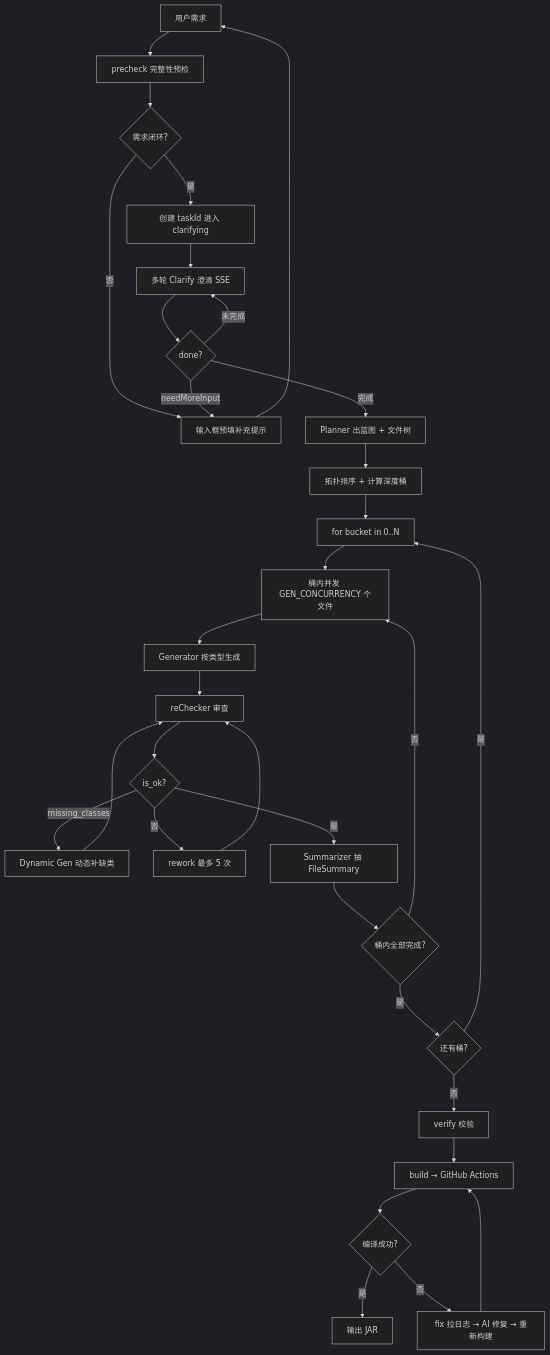
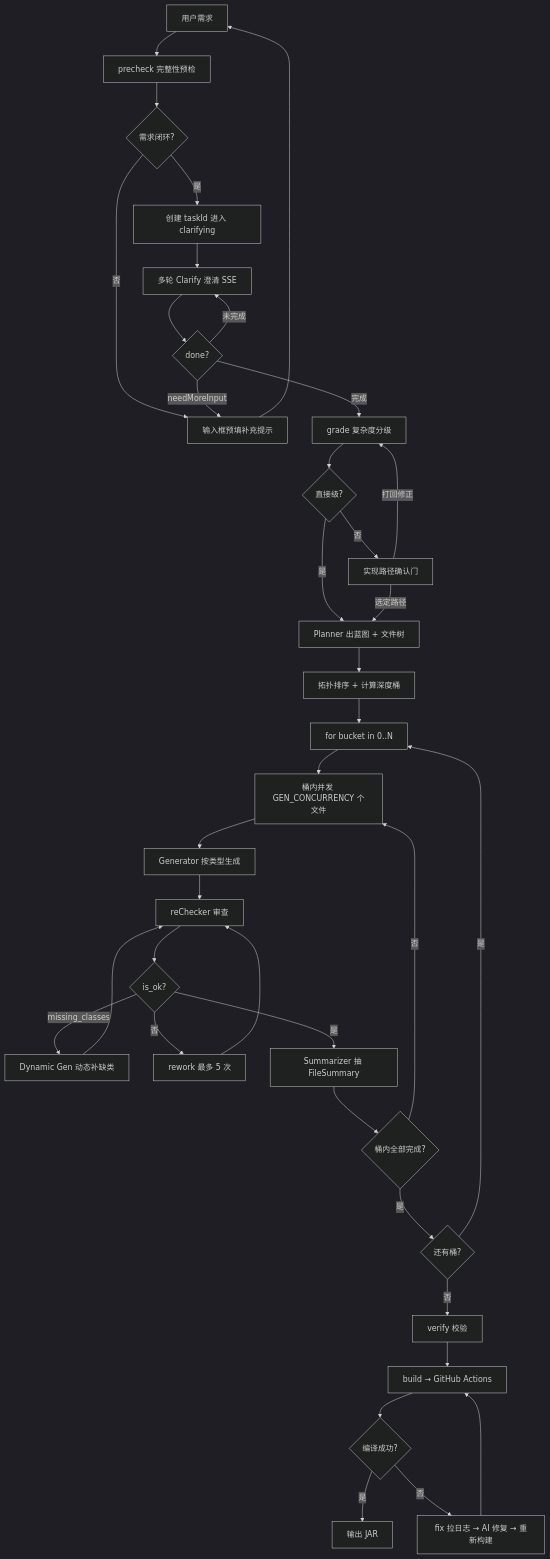
The first of 5 diagrams in docs/features/ai-workflow.md (superwfox/minecraft-dev), drawn with Mermaid (dark theme) before and after one commit. The commit also changed other lines of this file and 8 other files, not shown here.

First line of the commit message:
文档大幅更新:补齐落后的交互/工作流 + 新增蓝图/技能库两页

````diff
--- a/docs/features/ai-workflow.md
+++ b/docs/features/ai-workflow.md
@@ -31,34 +34,39 @@
 ```mermaid
 graph TB
     A[用户需求] --> A1[precheck 完整性预检]
     A1 --> A2{需求闭环?}
     A2 -->|否| A3[输入框预填补充提示]
     A3 --> A
     A2 -->|是| A4[创建 taskId 进入 clarifying]
     A4 --> A5[多轮 Clarify 澄清 SSE]
     A5 --> A6{done?}
     A6 -->|未完成| A5
     A6 -->|needMoreInput| A3
-    A6 -->|完成| B[Planner 出蓝图 + 文件树]
+    A6 -->|完成| GR[grade 复杂度分级]
+    GR --> GR1{直接级?}
+    GR1 -->|是| B[Planner 出蓝图 + 文件树]
+    GR1 -->|否| GR2[实现路径确认门]
+    GR2 -->|选定路径| B
+    GR2 -->|打回修正| GR
     B --> B1[拓扑排序 + 计算深度桶]
     B1 --> C[for bucket in 0..N]
     C --> C1[桶内并发 GEN_CONCURRENCY 个文件]
     C1 --> D[Generator 按类型生成]
     D --> E[reChecker 审查]
     E --> F{is_ok?}
     F -->|missing_classes| G2[Dynamic Gen 动态补缺类]
     G2 --> E
     F -->|否| G[rework 最多 5 次]
     G --> E
     F -->|是| H[Summarizer 抽 FileSummary]
     H --> I{桶内全部完成?}
     I -->|否| C1
     I -->|是| J{还有桶?}
     J -->|是| C
     J -->|否| L[verify 校验]
     L --> M[build → GitHub Actions]
     M --> P{编译成功?}
     P -->|是| N[输出 JAR]
     P -->|否| Q[fix 拉日志 → AI 修复 → 重新构建]
     Q --> M
 ```
````
